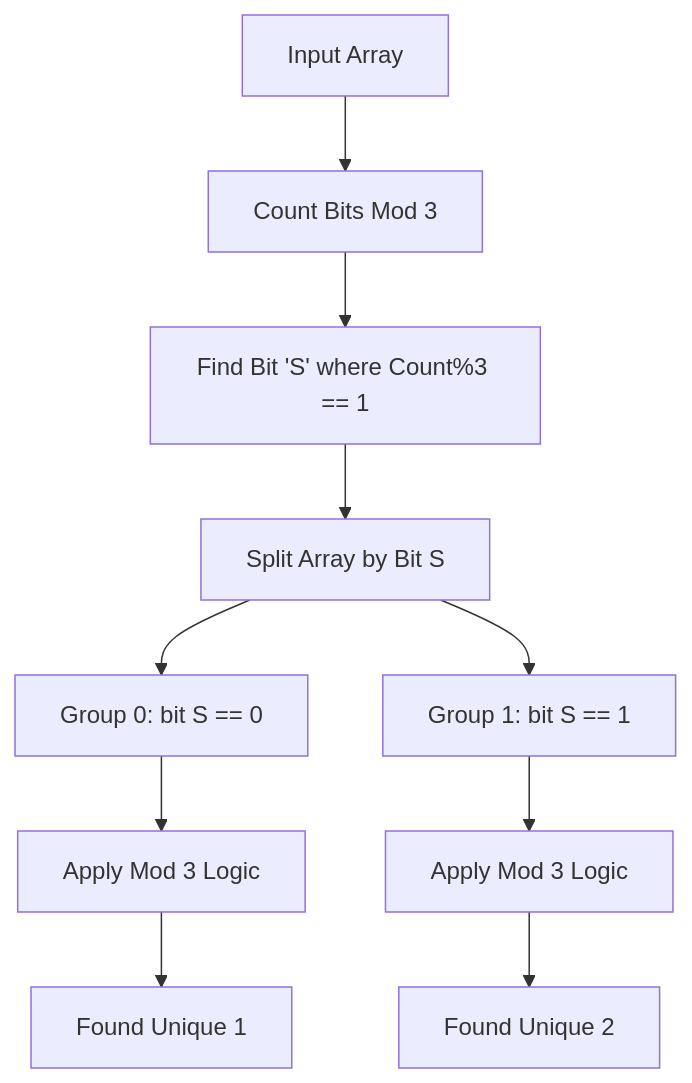
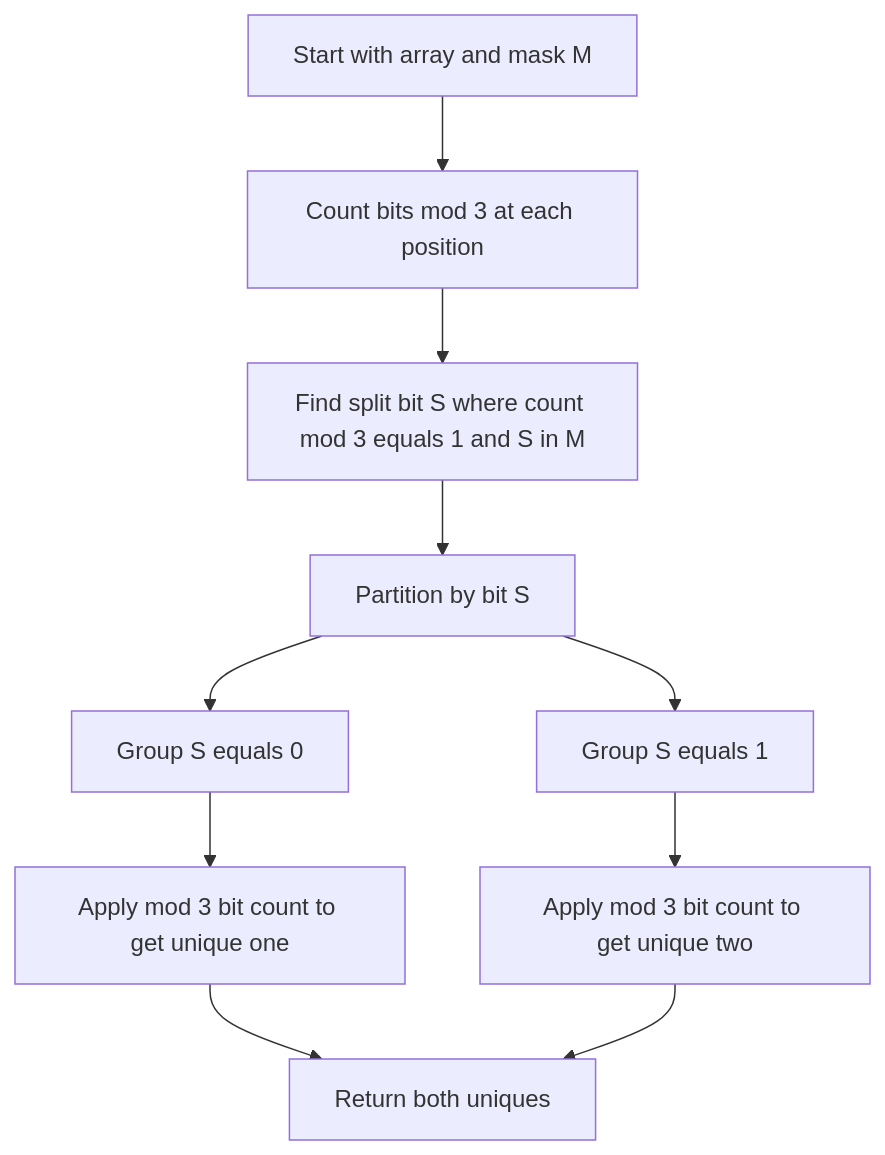
The diagram in dsa-problems/Bitwise/editorials/BIT-002-two-unique-with-triples-mask.md (GundalaNikhil/DSA), drawn with Mermaid before and after one commit. The commit also changed other lines of this file and 429 other files, not shown here.

````diff
--- a/dsa-problems/Bitwise/editorials/BIT-002-two-unique-with-triples-mask.md
+++ b/dsa-problems/Bitwise/editorials/BIT-002-two-unique-with-triples-mask.md
@@ -79,12 +81,12 @@
 ```mermaid
-graph TD
-    Start[Input Array] --> Count[Count Bits Mod 3]
-    Count --> FindSplit[Find Bit 'S' where Count%3 == 1]
-    FindSplit --> Partition[Split Array by Bit S]
-    Partition --> Group0[Group 0: bit S == 0]
-    Partition --> Group1[Group 1: bit S == 1]
-    Group0 --> Algo0[Apply Mod 3 Logic]
-    Group1 --> Algo1[Apply Mod 3 Logic]
-    Algo0 --> Res1[Found Unique 1]
-    Algo1 --> Res2[Found Unique 2]
+flowchart TD
+    A[Start with array and mask M] --> B[Count bits mod 3 at each position]
+    B --> C[Find split bit S where count mod 3 equals 1 and S in M]
+    C --> D[Partition by bit S]
+    D --> E[Group S equals 0]
+    D --> F[Group S equals 1]
+    E --> G[Apply mod 3 bit count to get unique one]
+    F --> H[Apply mod 3 bit count to get unique two]
+    G --> I[Return both uniques]
+    H --> I
 ```
````
